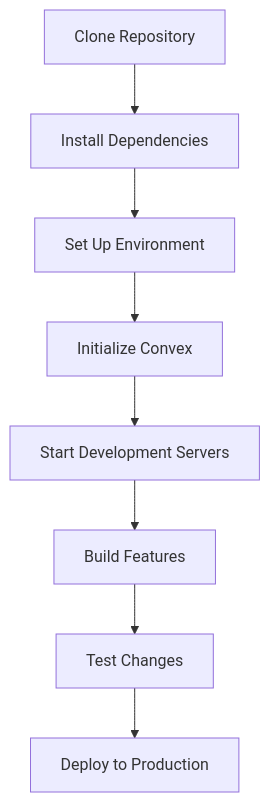
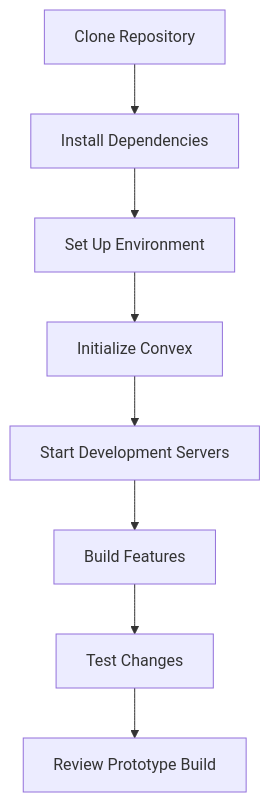
The diagram in hackathons/20251206-cursor-my/docs/getting-started.md (yaksheng/projects), drawn with Mermaid before and after one commit. The commit also changed other lines of this file and 51 other files, not shown here.

````diff
--- a/hackathons/20251206-cursor-my/docs/getting-started.md
+++ b/hackathons/20251206-cursor-my/docs/getting-started.md
@@ -39,10 +39,10 @@
 ```mermaid
 graph TD
     A[Clone Repository] --> B[Install Dependencies]
     B --> C[Set Up Environment]
     C --> D[Initialize Convex]
     D --> E[Start Development Servers]
     E --> F[Build Features]
     F --> G[Test Changes]
-    G --> H[Deploy to Production]
+    G --> H[Review Prototype Build]
 ```
````
